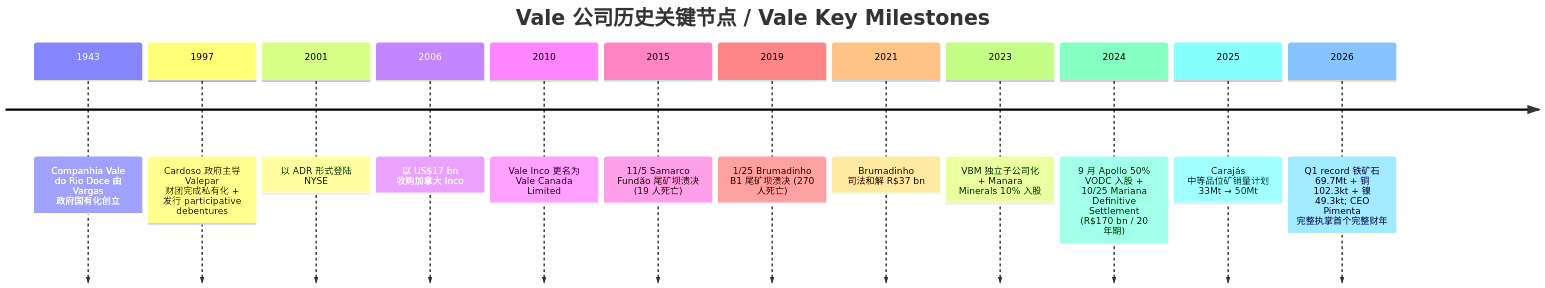
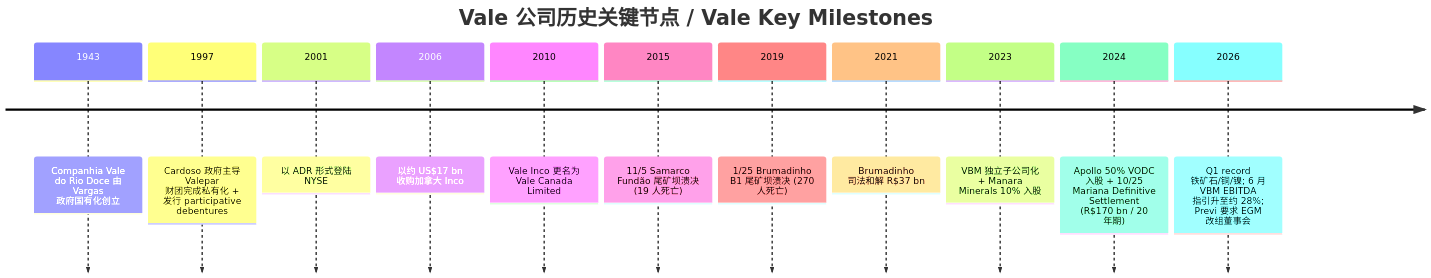
The first of 4 diagrams in reports/company/Vale_NYSE_VALE/Vale_NYSE_VALE_公司研究.md (dadachundan/financial_agent), drawn with Mermaid before and after one commit. The commit also changed other lines of this file and 9 other files, not shown here.

First line of the commit message:
feat(company-research): refresh Vale (VALE) to current spec — decision layer + 9 SVG charts

````diff
--- a/reports/company/Vale_NYSE_VALE/Vale_NYSE_VALE_公司研究.md
+++ b/reports/company/Vale_NYSE_VALE/Vale_NYSE_VALE_公司研究.md
@@ -31,16 +406,15 @@
 ```mermaid
 timeline
     title Vale 公司历史关键节点 / Vale Key Milestones
     1943 : Companhia Vale do Rio Doce 由 Vargas 政府国有化创立
     1997 : Cardoso 政府主导 Valepar 财团完成私有化 + 发行 participative debentures
     2001 : 以 ADR 形式登陆 NYSE
-    2006 : 以 US$17 bn 收购加拿大 Inco
+    2006 : 以约 US$17 bn 收购加拿大 Inco
     2010 : Vale Inco 更名为 Vale Canada Limited
     2015 : 11/5 Samarco Fundão 尾矿坝溃决 (19 人死亡)
     2019 : 1/25 Brumadinho B1 尾矿坝溃决 (270 人死亡)
     2021 : Brumadinho 司法和解 R$37 bn
     2023 : VBM 独立子公司化 + Manara Minerals 10% 入股
-    2024 : 9 月 Apollo 50% VODC 入股 + 10/25 Mariana Definitive Settlement (R$170 bn / 20 年期)
-    2025 : Carajás 中等品位矿销量计划 33Mt → 50Mt
-    2026 : Q1 record 铁矿石 69.7Mt + 铜 102.3kt + 镍 49.3kt; CEO Pimenta 完整执掌首个完整财年
+    2024 : Apollo 50% VODC 入股 + 10/25 Mariana Definitive Settlement (R$170 bn / 20 年期)
+    2026 : Q1 record 铁矿石/铜/镍; 6 月 VBM EBITDA 指引升至约 28%; Previ 要求 EGM 改组董事会
 ```
````
